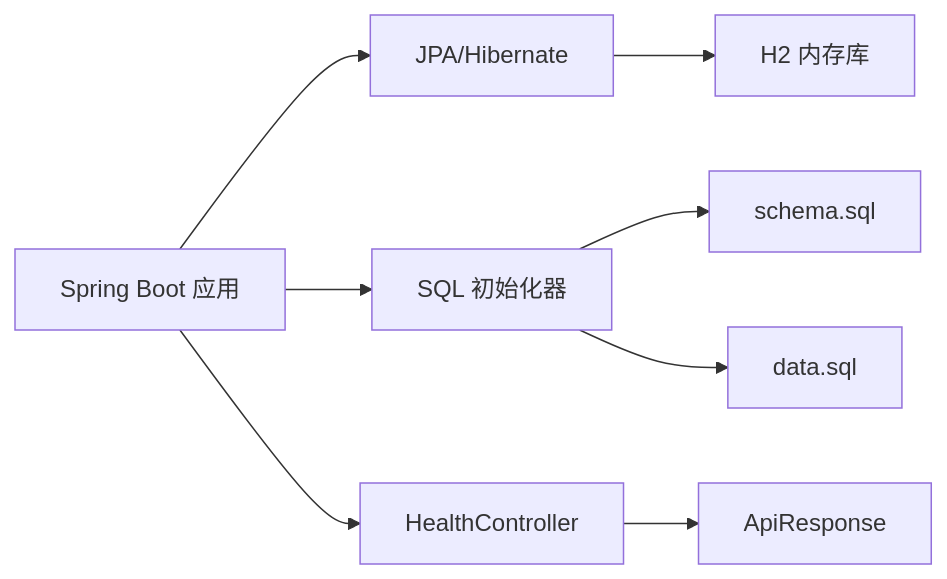
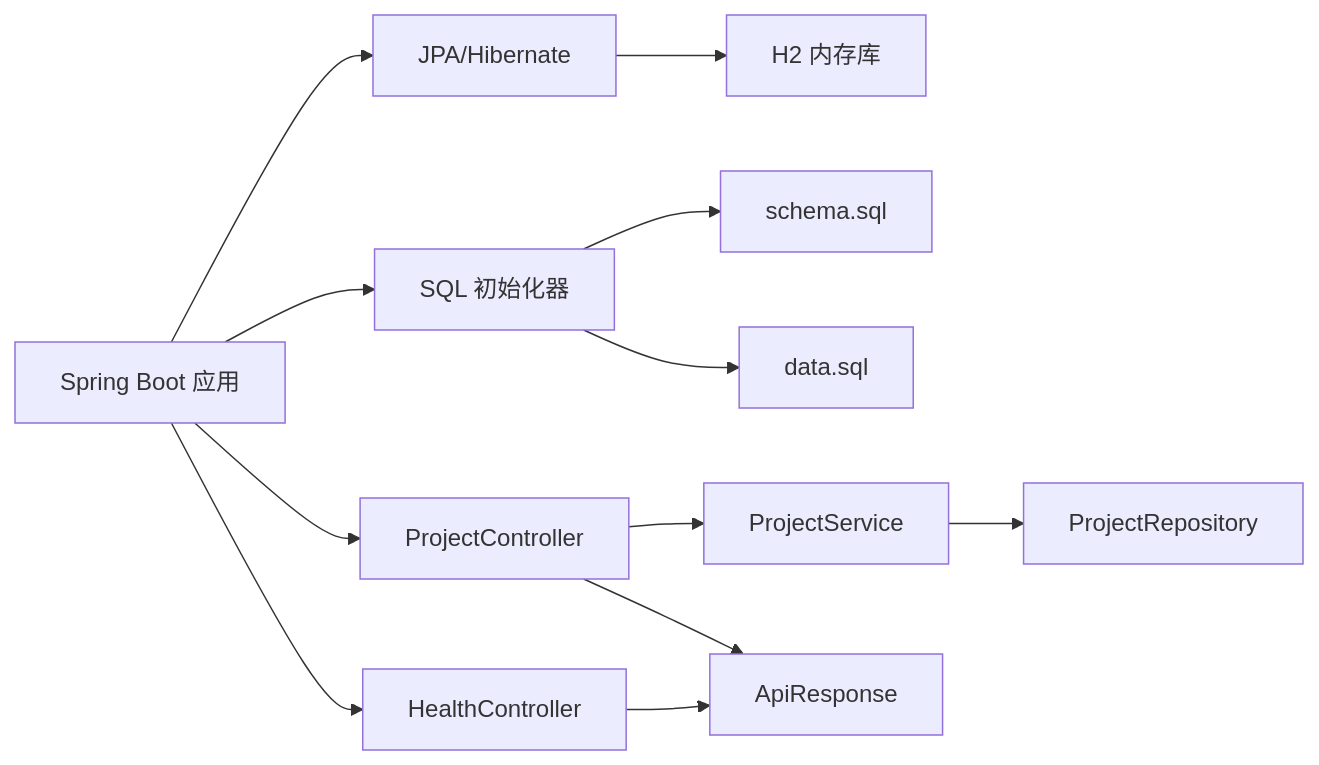
The third of 5 diagrams in .qoder/repowiki/zh/content/数据库设计.md (zhou9832/test1-qoder), drawn with Mermaid before and after one commit. The commit also changed other lines of this file and 48 other files, not shown here.

````diff
--- a/.qoder/repowiki/zh/content/数据库设计.md
+++ b/.qoder/repowiki/zh/content/数据库设计.md
@@ -204,10 +318,14 @@
 ```mermaid
 graph LR
 SB["Spring Boot 应用"] --> JPA["JPA/Hibernate"]
 JPA --> H2["H2 内存库"]
 SB --> INIT["SQL 初始化器"]
 INIT --> SCHEMA["schema.sql"]
 INIT --> DATA["data.sql"]
-SB --> API["HealthController"]
-API --> RESP["ApiResponse"]
+SB --> HEALTH_API["HealthController"]
+SB --> PROJECT_API["ProjectController"]
+PROJECT_API --> PROJECT_SERVICE["ProjectService"]
+PROJECT_SERVICE --> PROJECT_REPO["ProjectRepository"]
+HEALTH_API --> RESP["ApiResponse"]
+PROJECT_API --> RESP
 ```
````
